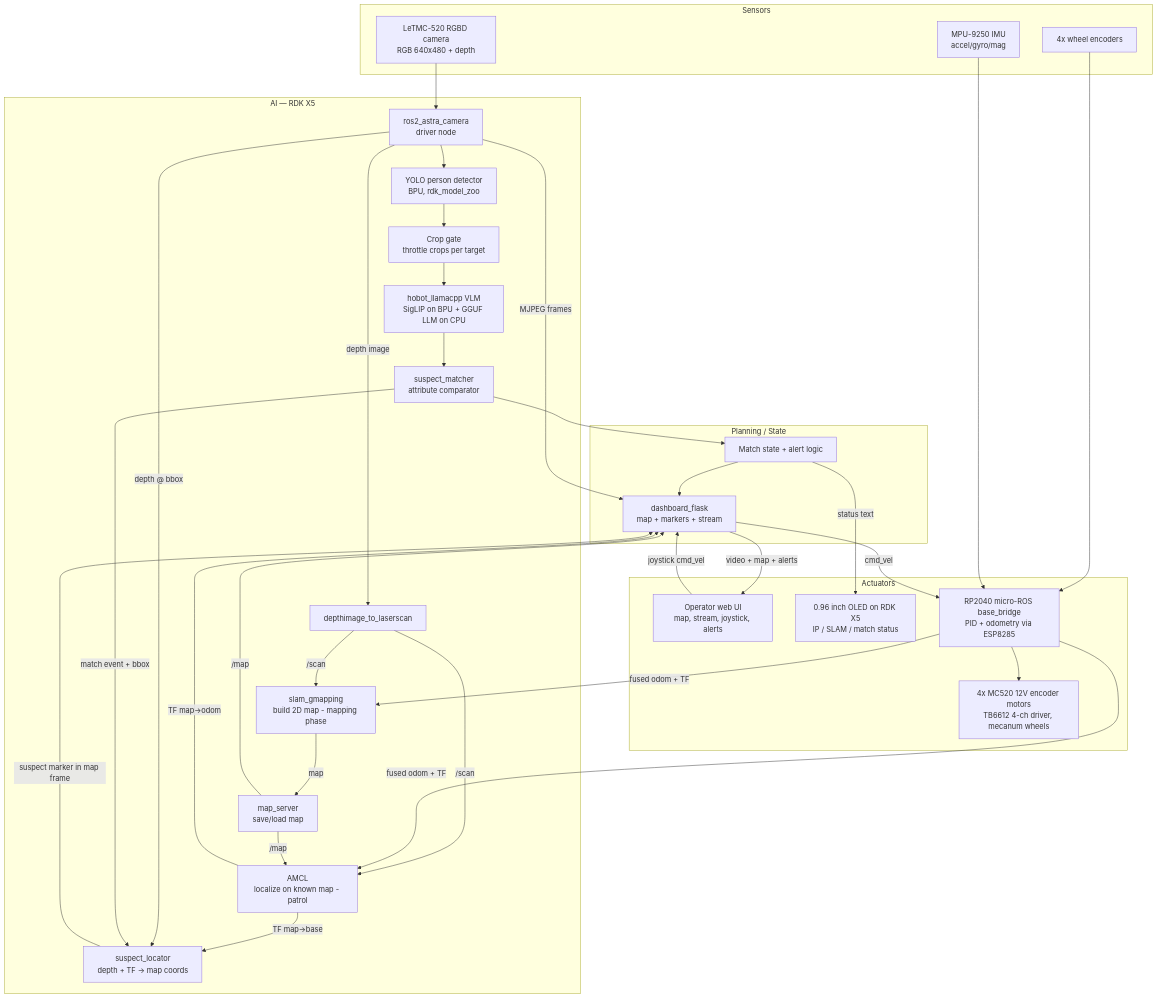
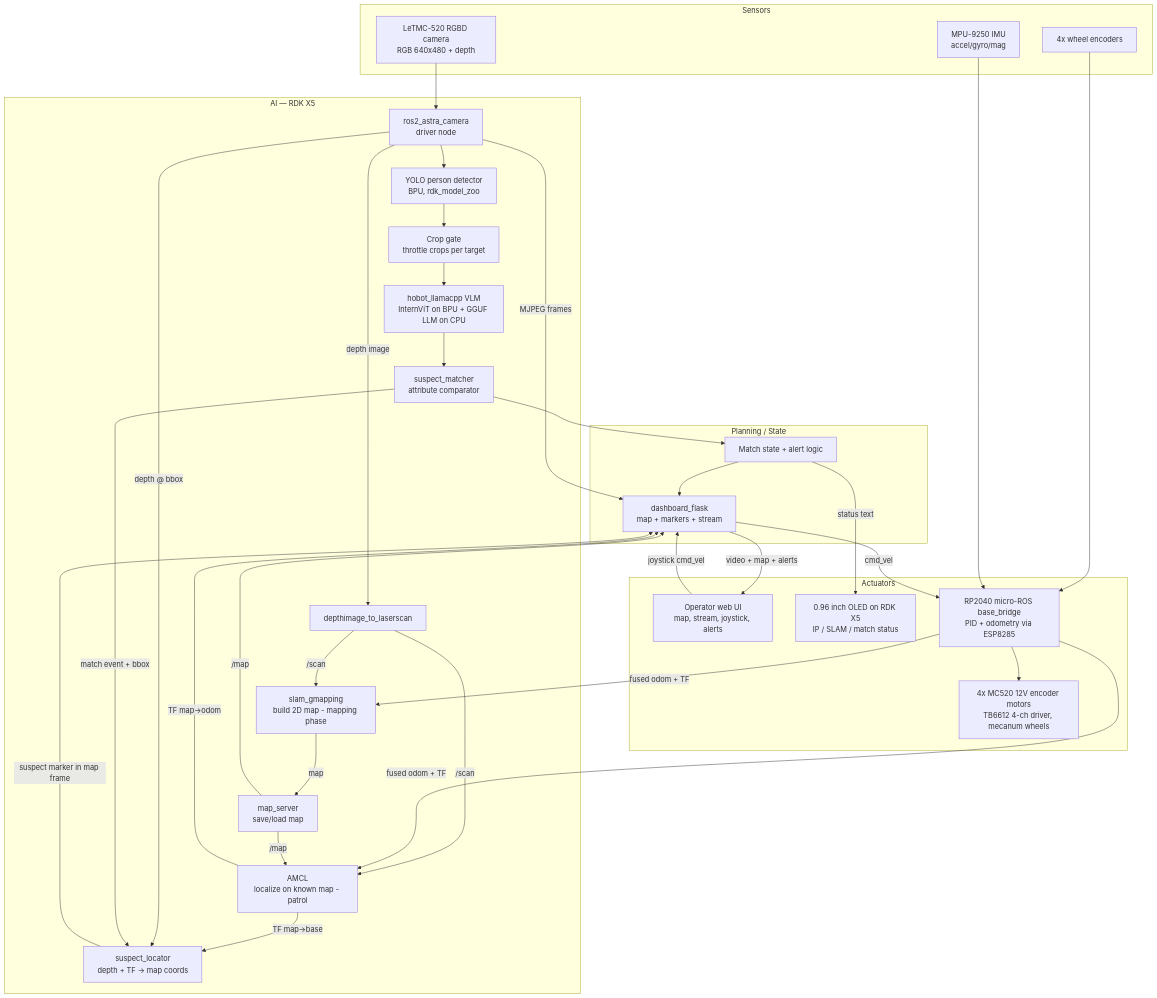
Before and after one commit to D-Robotics/Robotics-Dream-Keeper-Challenge: the first of 2 diagrams in projects/Brian-Project-VLMPolicePatrol.md, drawn with Mermaid. The commit also changed other lines of this file, not shown here.

````diff
--- a/projects/Brian-Project-VLMPolicePatrol.md
+++ b/projects/Brian-Project-VLMPolicePatrol.md
@@ -53,54 +53,54 @@
 ```mermaid
 flowchart TD
     subgraph Sensors
         CAM[LeTMC-520 RGBD camera<br/>RGB 640x480 + depth]
         ENC[4x wheel encoders]
         IMU[MPU-9250 IMU<br/>accel/gyro/mag]
     end
 
     subgraph AI["AI — RDK X5"]
         DRV[ros2_astra_camera<br/>driver node]
         YOLO[YOLO person detector<br/>BPU, rdk_model_zoo]
         GATE[Crop gate<br/>throttle crops per target]
-        VLM[hobot_llamacpp VLM<br/>SigLIP on BPU + GGUF LLM on CPU]
+        VLM[hobot_llamacpp VLM<br/>InternViT on BPU + GGUF LLM on CPU]
         CMP[suspect_matcher<br/>attribute comparator]
         D2L[depthimage_to_laserscan]
         SLAM[slam_gmapping<br/>build 2D map - mapping phase]
         MAPSVR[map_server<br/>save/load map]
         AMCL[AMCL<br/>localize on known map - patrol]
         LOC[suspect_locator<br/>depth + TF → map coords]
     end
 
     subgraph Planning["Planning / State"]
         STATE[Match state + alert logic]
         DASH[dashboard_flask<br/>map + markers + stream]
     end
 
     subgraph Actuators
         UI[Operator web UI<br/>map, stream, joystick, alerts]
         OLED[0.96 inch OLED on RDK X5<br/>IP / SLAM / match status]
         MCU[RP2040 micro-ROS base_bridge<br/>PID + odometry via ESP8285]
         MOT[4x MC520 12V encoder motors<br/>TB6612 4-ch driver, mecanum wheels]
     end
 
     CAM --> DRV --> YOLO --> GATE --> VLM --> CMP --> STATE --> DASH
     DRV -->|depth image| D2L -->|/scan| SLAM
     D2L -->|/scan| AMCL
     ENC --> MCU
     IMU --> MCU
     MCU -->|fused odom + TF| SLAM
     MCU -->|fused odom + TF| AMCL
     SLAM -->|map| MAPSVR
     MAPSVR -->|/map| AMCL
     MAPSVR -->|/map| DASH
     AMCL -->|TF map→odom| DASH
     AMCL -->|TF map→base| LOC
     DRV -->|depth @ bbox| LOC
     CMP -->|match event + bbox| LOC
     LOC -->|suspect marker in map frame| DASH
     DRV -->|MJPEG frames| DASH
     DASH -->|video + map + alerts| UI
     STATE -->|status text| OLED
     UI -->|joystick cmd_vel| DASH
     DASH -->|cmd_vel| MCU --> MOT
 ```
````
